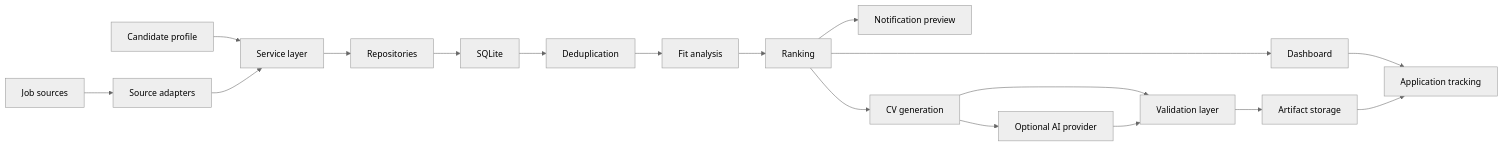
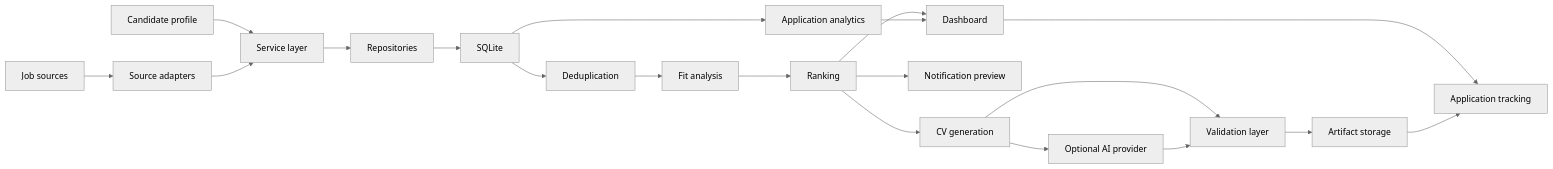
One commit to de-himanshu19/AI_JOB_HUNT_PLATFORM changed the diagram in docs/ARCHITECTURE.md. Above: the diagram before and after it, drawn with Mermaid (neutral theme). The commit also changed other lines of this file and 12 other files, not shown here.

Commit message:
feat: add application analytics dashboard

````diff
--- a/docs/ARCHITECTURE.md
+++ b/docs/ARCHITECTURE.md
@@ -9,20 +9,22 @@
 ```mermaid
 flowchart LR
     Profile["Candidate profile"] --> Services["Service layer"]
     Sources["Job sources"] --> Adapters["Source adapters"]
     Adapters --> Services
     Services --> Repos["Repositories"]
     Repos --> DB["SQLite"]
     DB --> Dedup["Deduplication"]
     Dedup --> Analysis["Fit analysis"]
     Analysis --> Ranking["Ranking"]
     Ranking --> Dashboard["Dashboard"]
+    DB --> Analytics["Application analytics"]
+    Analytics --> Dashboard
     Ranking --> Notify["Notification preview"]
     Ranking --> CV["CV generation"]
     CV --> Validator["Validation layer"]
     Validator --> Artifacts["Artifact storage"]
     CV --> AI["Optional AI provider"]
     AI --> Validator
     Dashboard --> Applications["Application tracking"]
     Artifacts --> Applications
 ```
````
